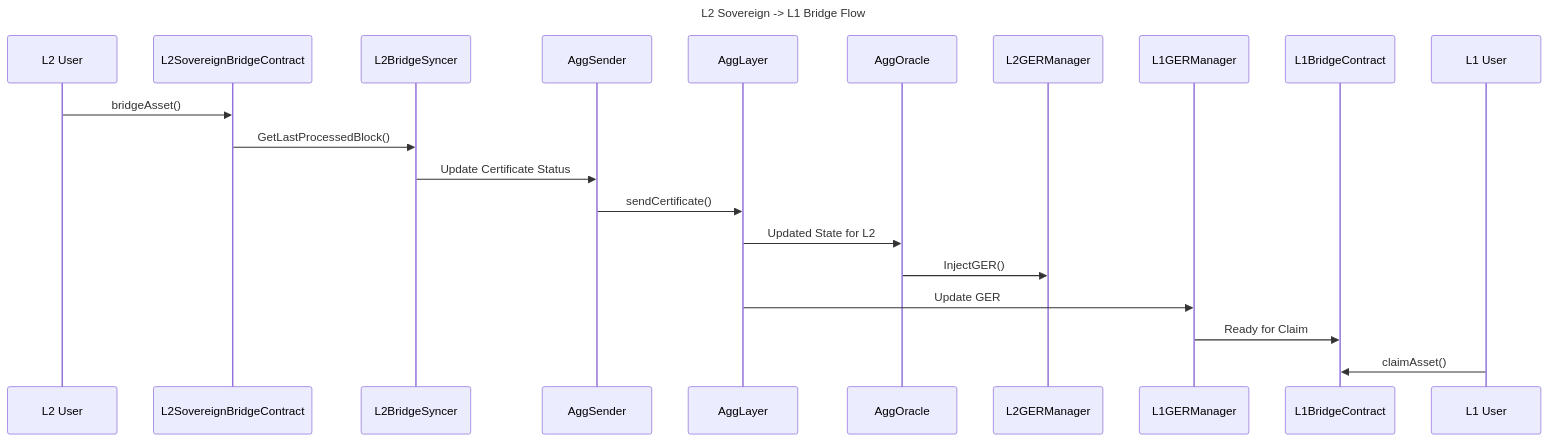
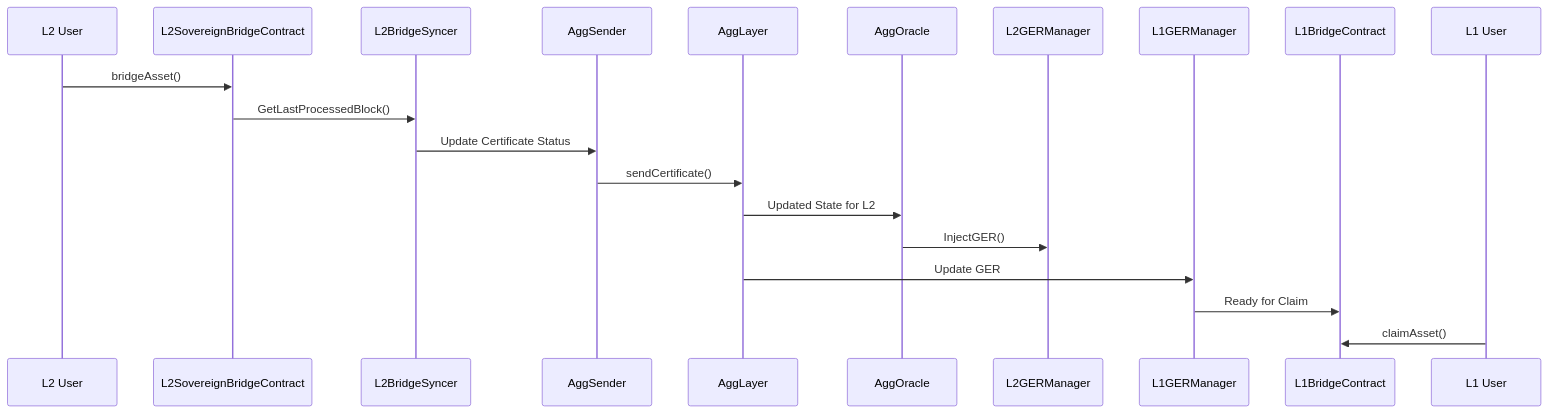
Before and after one commit to 0xPolygon/kurtosis-cdk: the second of 2 diagrams in docs/op-sovereign.md, drawn with Mermaid. The commit also changed other lines of this file, not shown here.

````diff
--- a/docs/op-sovereign.md
+++ b/docs/op-sovereign.md
@@ -356,27 +365,23 @@
 ```mermaid
----
-title: "L2 Sovereign -> L1 Bridge Flow"
----
 sequenceDiagram
     participant L2User as L2 User
     participant L2SovereignBridge as L2SovereignBridgeContract
     participant L2BridgeSyncer as L2BridgeSyncer
     participant AggSender as AggSender
     participant AggLayer as AggLayer
     participant AggOracle as AggOracle
     participant L2GERManager as L2GERManager
     participant L1GERManager as L1GERManager
     participant L1BridgeContract as L1BridgeContract
     participant L1User as L1 User
 
     L2User->>L2SovereignBridge: bridgeAsset()
     L2SovereignBridge->>L2BridgeSyncer: GetLastProcessedBlock()
     L2BridgeSyncer->>AggSender: Update Certificate Status
     AggSender->>AggLayer: sendCertificate()
     AggLayer->>AggOracle: Updated State for L2
     AggOracle->>L2GERManager: InjectGER()
     AggLayer->>L1GERManager: Update GER
     L1GERManager->>L1BridgeContract: Ready for Claim
     L1User->>L1BridgeContract: claimAsset()
-
 ```
````
